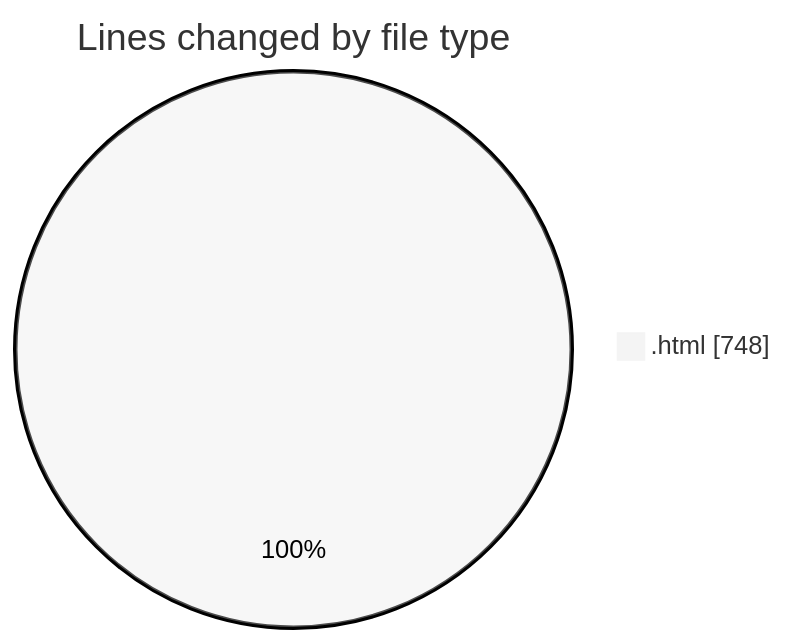
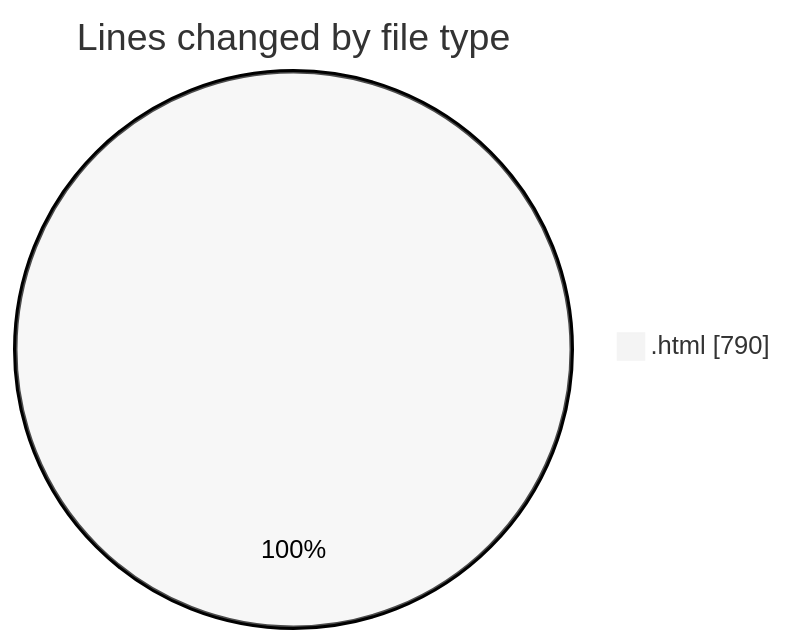
Before and after one commit to LanceThiago/code-tracking: the first of 2 diagrams in 2025-01-13/nueva_carpeta/README.md, drawn with Mermaid (neutral theme). The commit also changed other lines of this file and 1 other file, not shown here.

````diff
--- a/2025-01-13/nueva_carpeta/README.md
+++ b/2025-01-13/nueva_carpeta/README.md
@@ -20,5 +20,5 @@
 ```mermaid
 pie showData
 title Lines changed by file type
-".html" : 748
+".html" : 790
 ```
````
